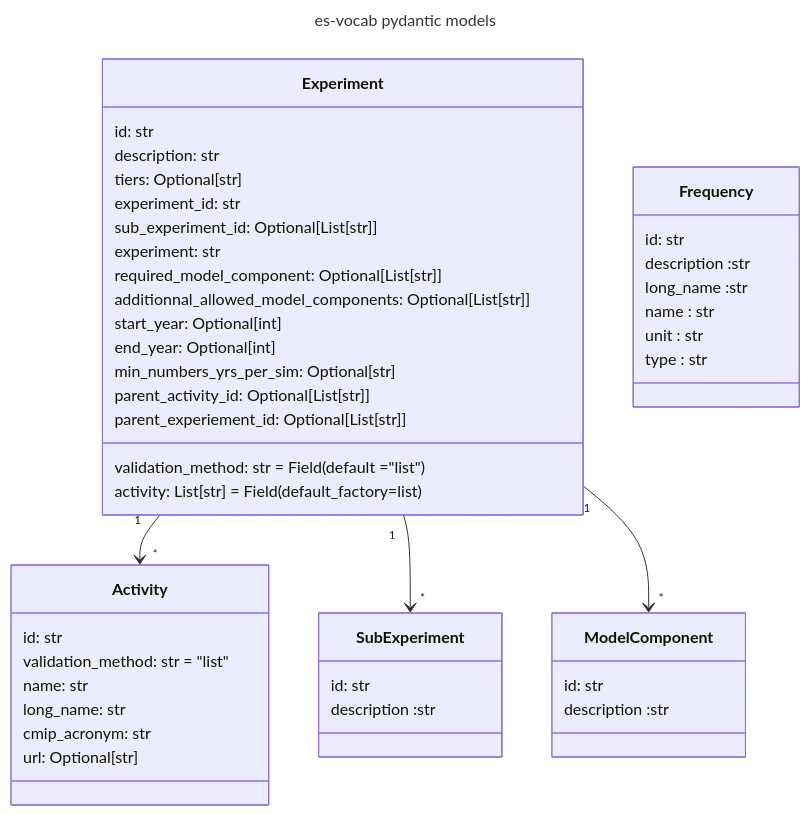
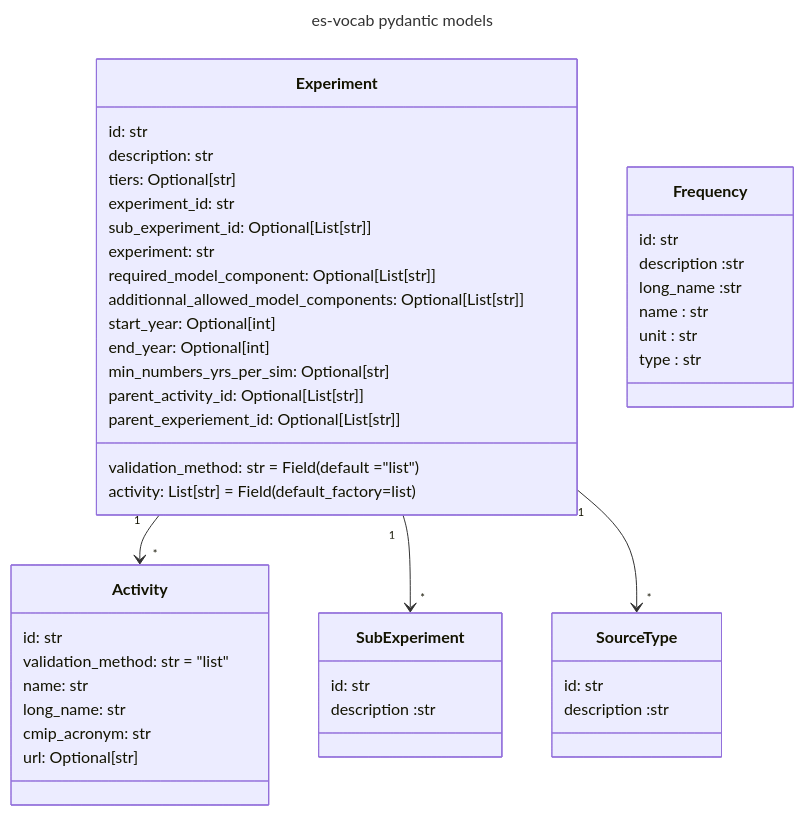
Before and after one commit to PCMDI/mip-cmor-tables: the first of 2 diagrams in TODO.md, drawn with Mermaid. The commit also changed other lines of this file and 16 other files, not shown here.

Commit message:
rename model_component as source_type

````diff
--- a/TODO.md
+++ b/TODO.md
@@ -85,61 +85,61 @@
 ``` mermaid
 ---
 title: es-vocab pydantic models 
 ---
 classDiagram
     Experiment "1" --> "*" Activity
     Experiment "1" --> "*" SubExperiment
-    Experiment "1" --> "*" ModelComponent
+    Experiment "1" --> "*" SourceType
 
 
     class Frequency{
     id: str 
     description :str
     long_name :str 
     name : str 
     unit : str 
     type : str 
     
     }
     class Activity{
 
     id: str 
     validation_method: str = "list"
     name: str 
     long_name: str 
     cmip_acronym: str 
     url: Optional[str] 
 
     }
     
     class Experiment{
         id: str 
     validation_method: str = Field(default ="list")
     activity: List[str] = Field(default_factory=list)
     description: str 
     tiers: Optional[str] 
     experiment_id: str 
     sub_experiment_id: Optional[List[str]] 
     experiment: str 
     required_model_component: Optional[List[str]] 
     additionnal_allowed_model_components: Optional[List[str]] 
     start_year: Optional[int] 
     end_year: Optional[int] 
     min_numbers_yrs_per_sim: Optional[str] 
     parent_activity_id: Optional[List[str]] 
     parent_experiement_id: Optional[List[str]] 
 
     }
     class SubExperiment{
 
     id: str 
     description :str
 }
-     class ModelComponent{
+     class SourceType{
 
     id: str 
     description :str
 }   
 
 
 ```
````
